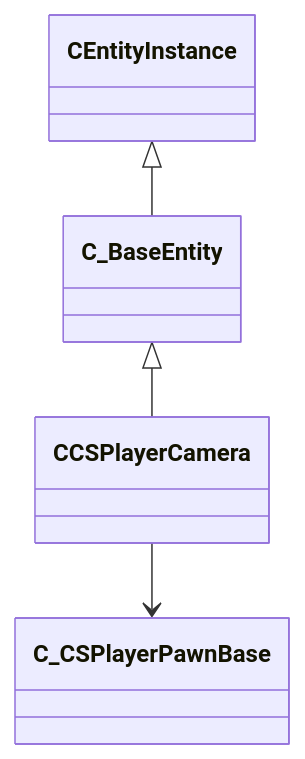
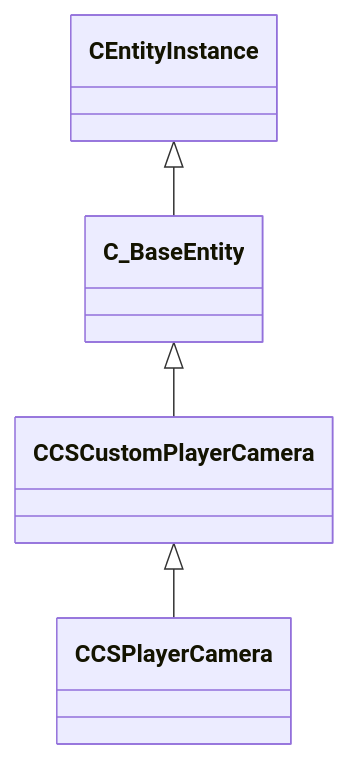
Before and after one commit to CS2OpenDev/CS2OpenDev-Docs: the diagram in docs/generated/schemas/client/CCSPlayerCamera.md, drawn with Mermaid. The commit also changed other lines of this file and 4470 other files, not shown here.

Commit message:
docs: regenerate for SchemaTracker build 25218825 [skip ci]

````diff
--- a/docs/generated/schemas/client/CCSPlayerCamera.md
+++ b/docs/generated/schemas/client/CCSPlayerCamera.md
@@ -21,6 +21,6 @@
 ```mermaid
 classDiagram
-    C_BaseEntity <|-- CCSPlayerCamera
+    CCSCustomPlayerCamera <|-- CCSPlayerCamera
+    C_BaseEntity <|-- CCSCustomPlayerCamera
     CEntityInstance <|-- C_BaseEntity
-    CCSPlayerCamera --> C_CSPlayerPawnBase
 ```
````
